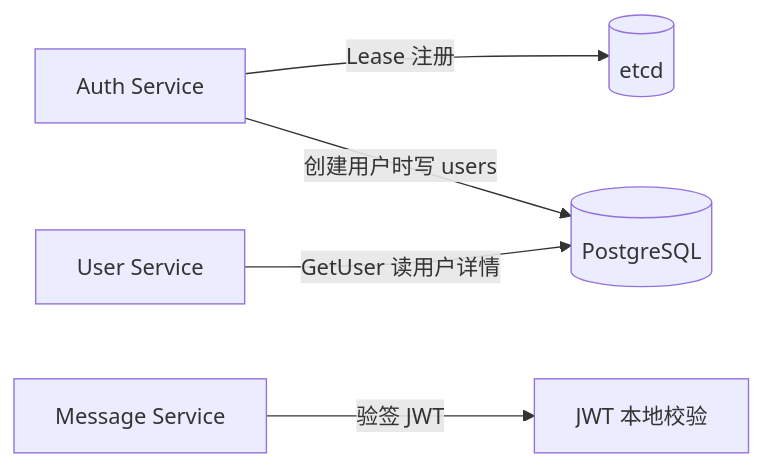
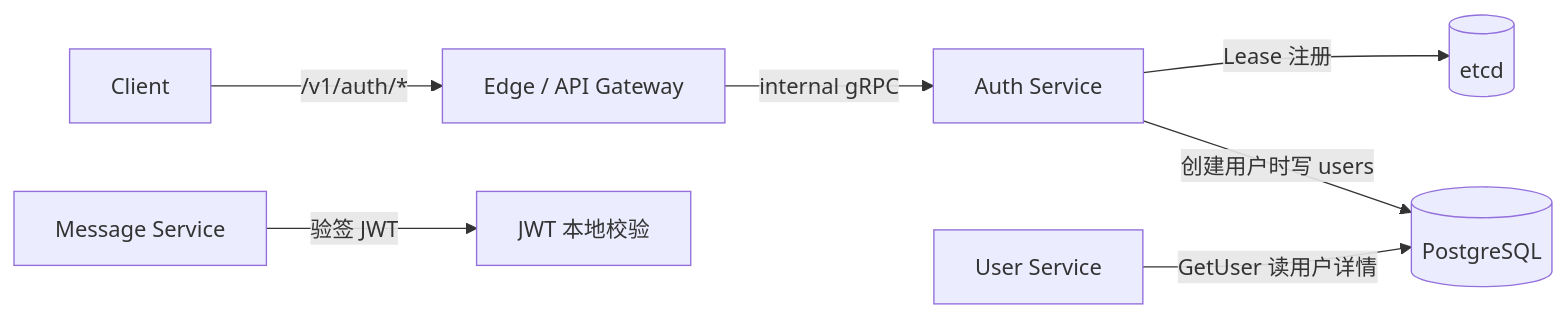
One commit to HappyLadySauce/Beehive-IM changed the eighth of 8 diagrams in docs/auth/DESIGN.md. Above: the diagram before and after it, drawn with Mermaid. The commit also changed other lines of this file and 5 other files, not shown here.

````diff
--- a/docs/auth/DESIGN.md
+++ b/docs/auth/DESIGN.md
@@ -476,11 +494,15 @@
 ```mermaid
 flowchart LR
+    Client[Client]
+    Edge[Edge / API Gateway]
     Auth[Auth Service]
     User[User Service]
     Msg[Message Service]
 
+    Client -->|/v1/auth/*| Edge
+    Edge -->|internal gRPC| Auth
     Auth -->|Lease 注册| Etcd[(etcd)]
     Auth -->|创建用户时写 users| PG[(PostgreSQL)]
     User -->|GetUser 读用户详情| PG
     Msg -->|验签 JWT| JWT[JWT 本地校验]
 ```
````
